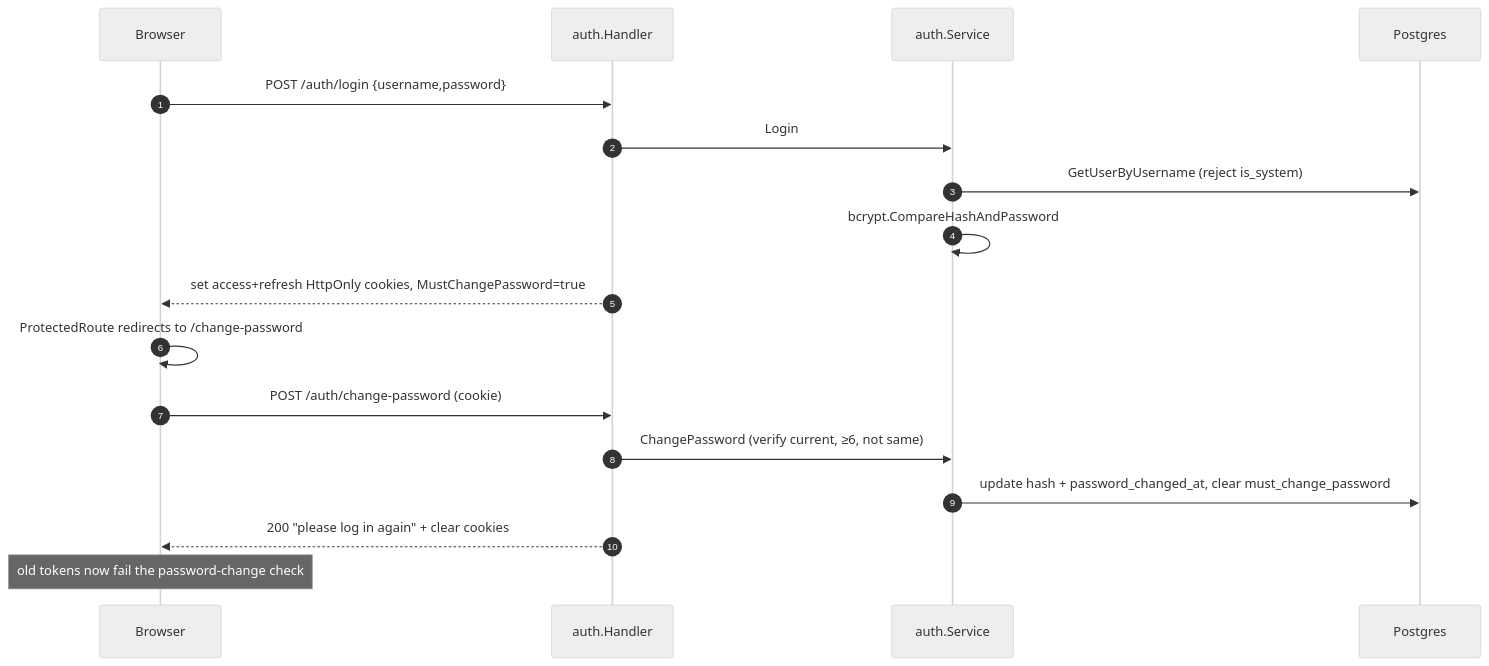
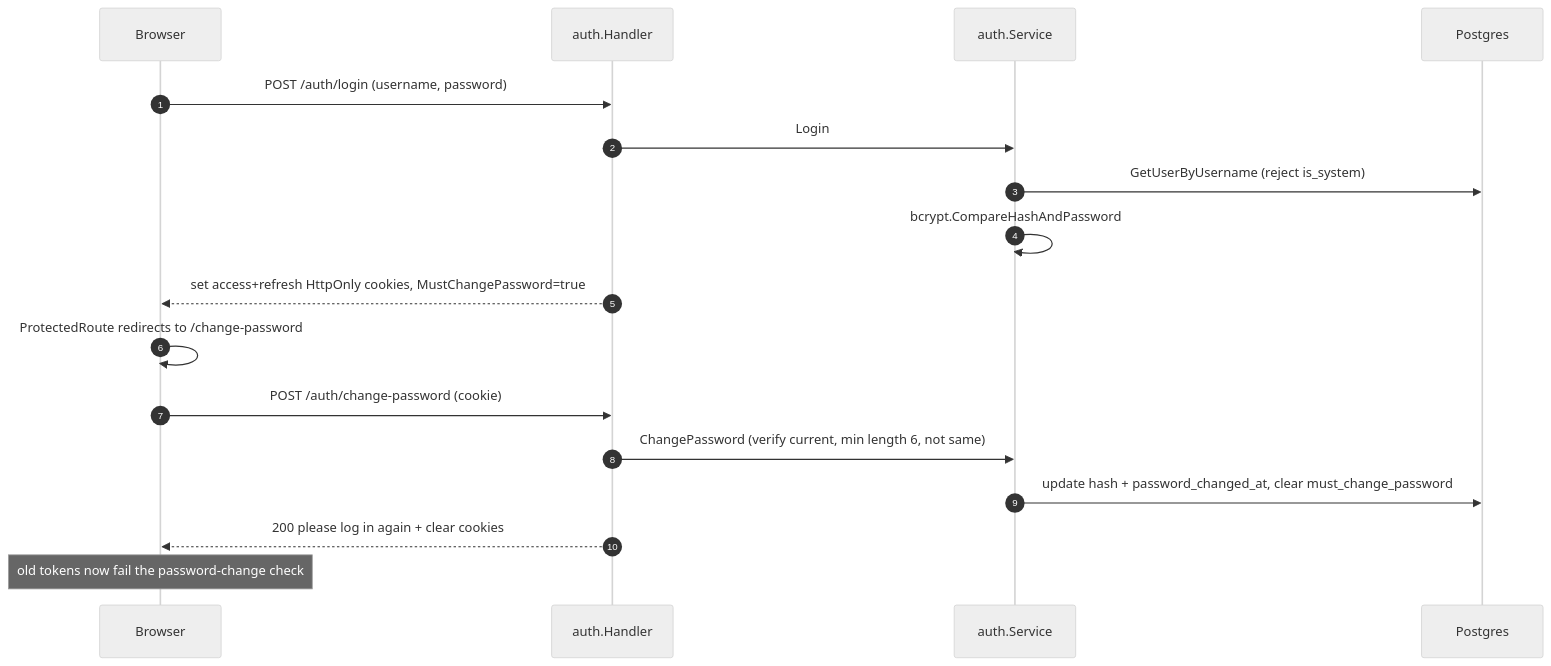
The fourth of 5 diagrams in ARCHITECTURE.md (panadolextra91/myIU-lite), drawn with Mermaid (neutral theme) before and after one commit. The commit also changed other lines of this file, not shown here.

First line of the commit message:
docs(architecture): fix mermaid render errors on GitHub

````diff
--- a/ARCHITECTURE.md
+++ b/ARCHITECTURE.md
@@ -243,19 +243,19 @@
 ```mermaid
 sequenceDiagram
     autonumber
     participant B as Browser
     participant AH as auth.Handler
     participant AS as auth.Service
     participant PG as Postgres
-    B->>AH: POST /auth/login {username,password}
+    B->>AH: POST /auth/login (username, password)
     AH->>AS: Login
     AS->>PG: GetUserByUsername (reject is_system)
     AS->>AS: bcrypt.CompareHashAndPassword
     AH-->>B: set access+refresh HttpOnly cookies, MustChangePassword=true
     B->>B: ProtectedRoute redirects to /change-password
     B->>AH: POST /auth/change-password (cookie)
-    AH->>AS: ChangePassword (verify current, ≥6, not same)
+    AH->>AS: ChangePassword (verify current, min length 6, not same)
     AS->>PG: update hash + password_changed_at, clear must_change_password
-    AH-->>B: 200 "please log in again" + clear cookies
+    AH-->>B: 200 please log in again + clear cookies
     Note over B: old tokens now fail the password-change check
 ```
````
